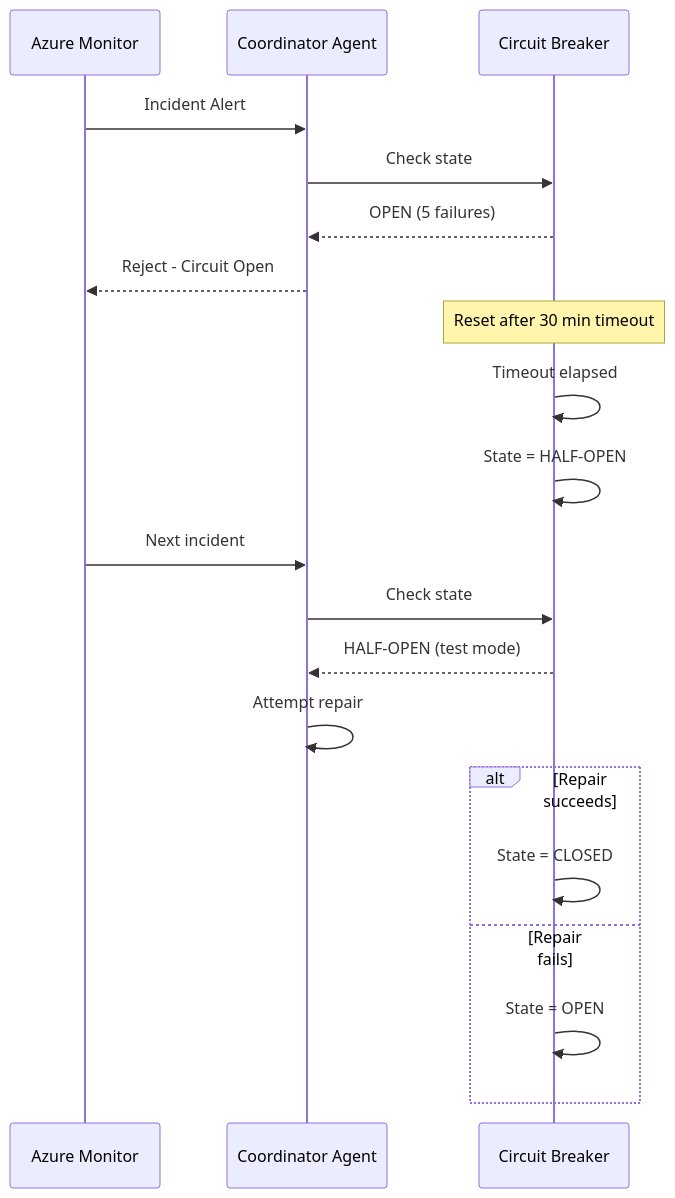
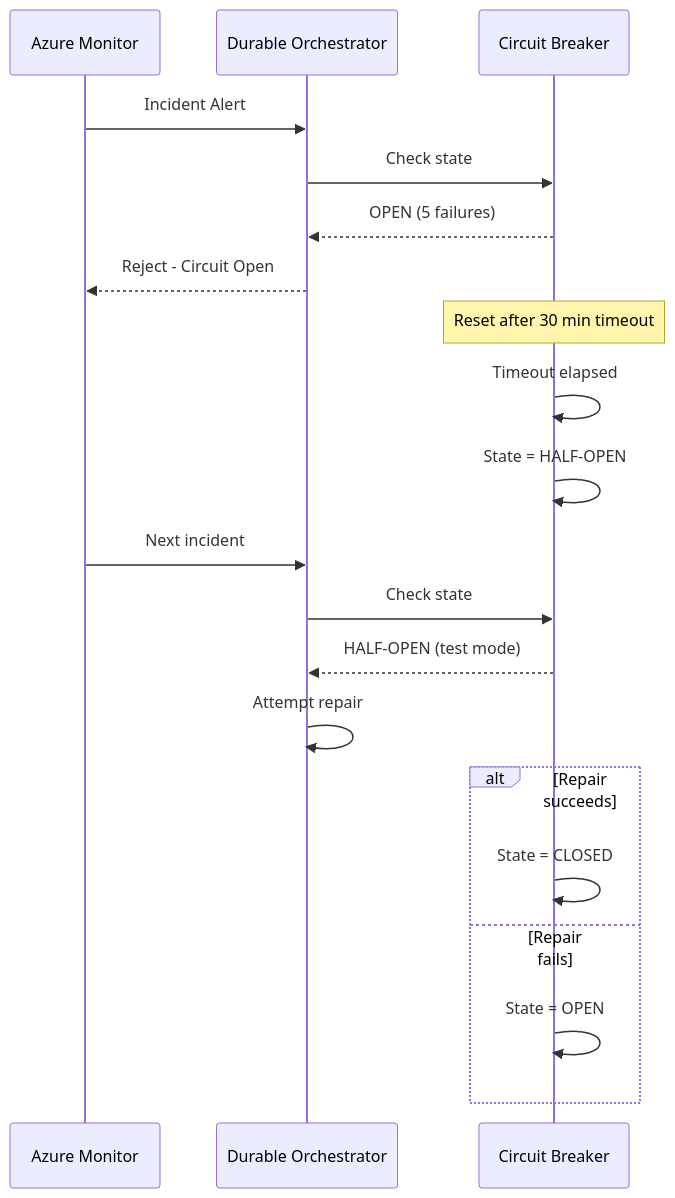
Before and after one commit to mayankgupta7673/Continuum-Ops: the ninth of 10 diagrams in docs/03-User-Manual.md, drawn with Mermaid. The commit also changed 6 other files, not shown here.

Commit message:
Fixed architecture issues and add justifications

````diff
--- a/docs/03-User-Manual.md
+++ b/docs/03-User-Manual.md
@@ -425,27 +425,27 @@
 ```mermaid
 sequenceDiagram
     participant MONITOR as Azure Monitor
-    participant COORDINATOR as Coordinator Agent
+    participant ORCH as Durable Orchestrator
     participant CB as Circuit Breaker
     
-    MONITOR->>COORDINATOR: Incident Alert
-    COORDINATOR->>CB: Check state
-    CB-->>COORDINATOR: OPEN (5 failures)
-    COORDINATOR-->>MONITOR: Reject - Circuit Open
+    MONITOR->>ORCH: Incident Alert
+    ORCH->>CB: Check state
+    CB-->>ORCH: OPEN (5 failures)
+    ORCH-->>MONITOR: Reject - Circuit Open
     
     Note over CB: Reset after 30 min timeout
     
     CB->>CB: Timeout elapsed
     CB->>CB: State = HALF-OPEN
     
-    MONITOR->>COORDINATOR: Next incident
-    COORDINATOR->>CB: Check state
-    CB-->>COORDINATOR: HALF-OPEN (test mode)
-    COORDINATOR->>COORDINATOR: Attempt repair
+    MONITOR->>ORCH: Next incident
+    ORCH->>CB: Check state
+    CB-->>ORCH: HALF-OPEN (test mode)
+    ORCH->>ORCH: Attempt repair
     
     alt Repair succeeds
         CB->>CB: State = CLOSED
     else Repair fails
         CB->>CB: State = OPEN
     end
 ```
````
